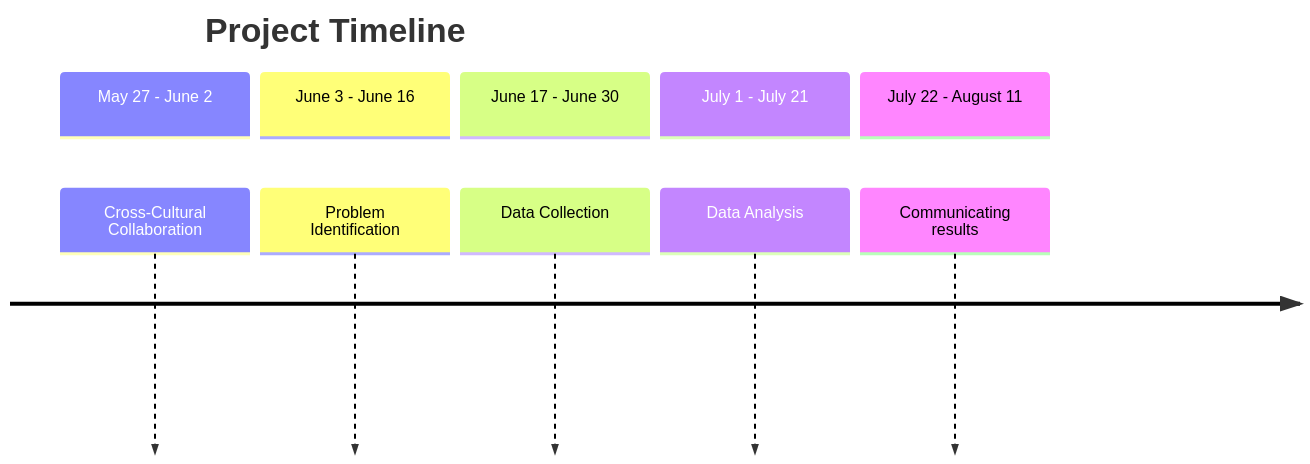
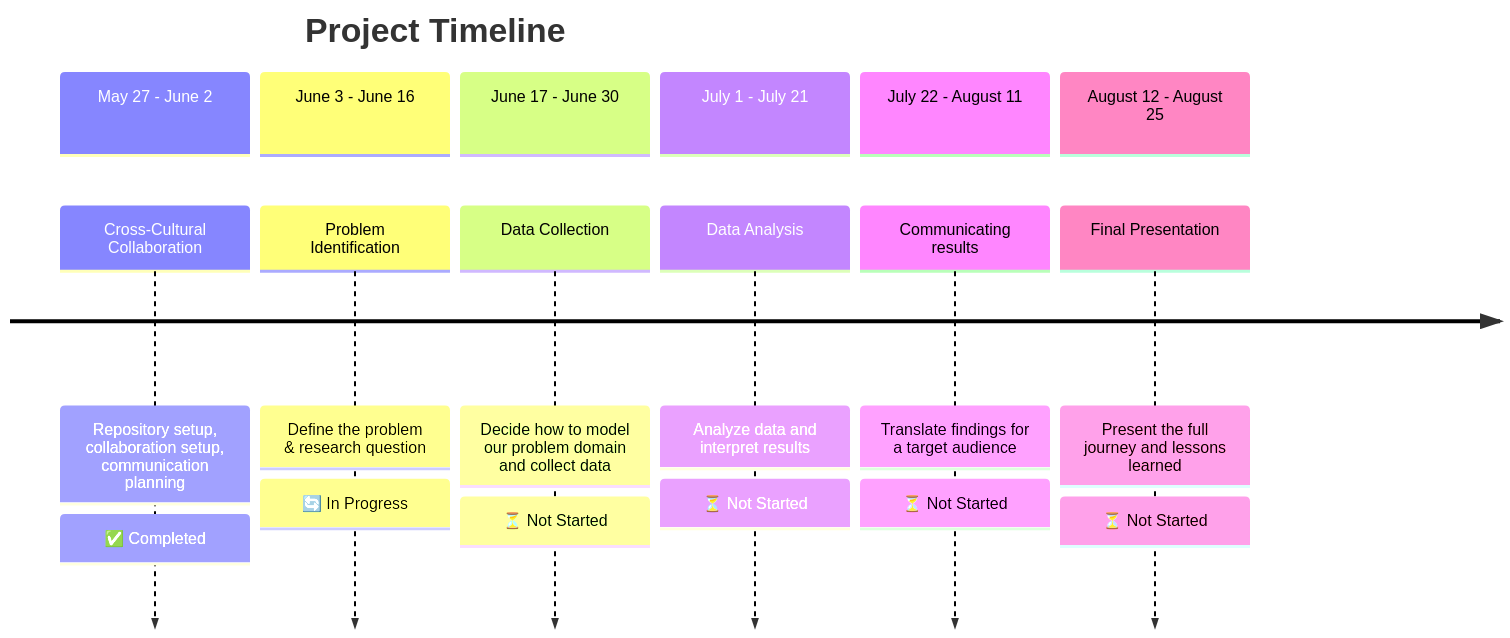
One commit to MIT-Emerging-Talent/ET6-CDSP-starter changed the diagram in README.md. Above: the diagram before and after it, drawn with Mermaid. The commit also changed other lines of this file, not shown here.

Commit message:
fixing again

````diff
--- a/README.md
+++ b/README.md
@@ -20,14 +20,22 @@
 ```mermaid
 timeline
     title Project Timeline
     section May 27 - June 2
-        Cross-Cultural Collaboration
+        Cross-Cultural Collaboration :
+            Repository setup, collaboration setup, communication planning : ✅ Completed
     section June 3 - June 16
-        Problem Identification
+        Problem Identification :
+            Define the problem & research question : 🔄 In Progress
     section June 17 - June 30
-        Data Collection
+        Data Collection :
+            Decide how to model our problem domain and collect data : ⏳ Not Started
     section July 1 - July 21
-        Data Analysis
+        Data Analysis:
+            Analyze data and interpret results : ⏳ Not Started
     section July 22 - August 11
-        Communicating results
+        Communicating results:
+            Translate findings for a target audience : ⏳ Not Started
+    section August 12 - August 25
+        Final Presentation:
+            Present the full journey and lessons learned : ⏳ Not Started
 ```
````
